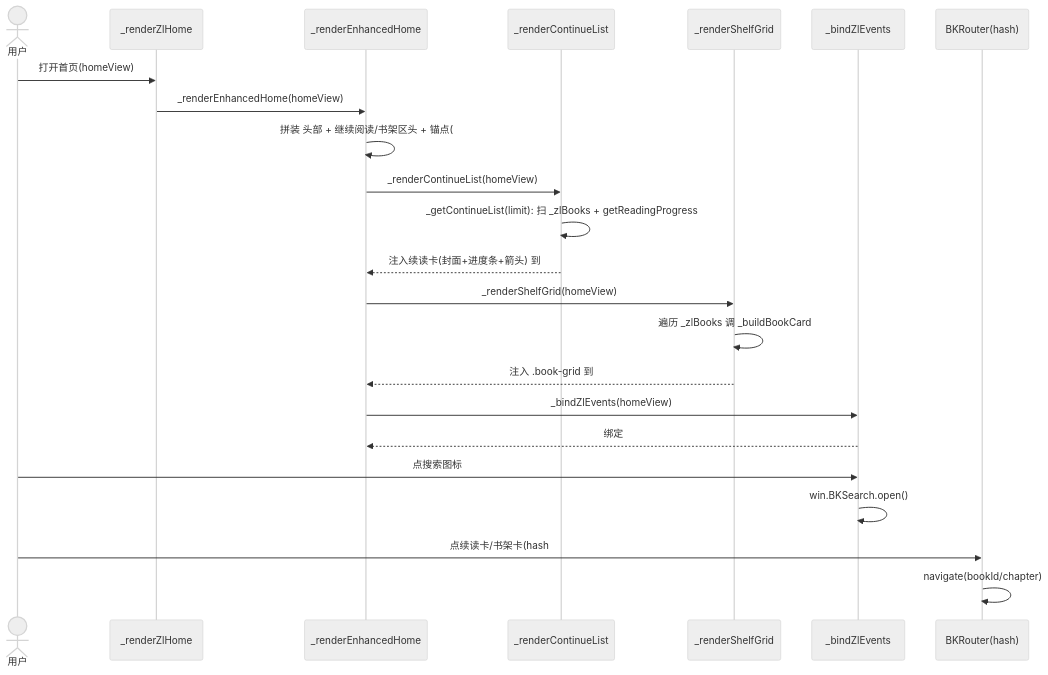
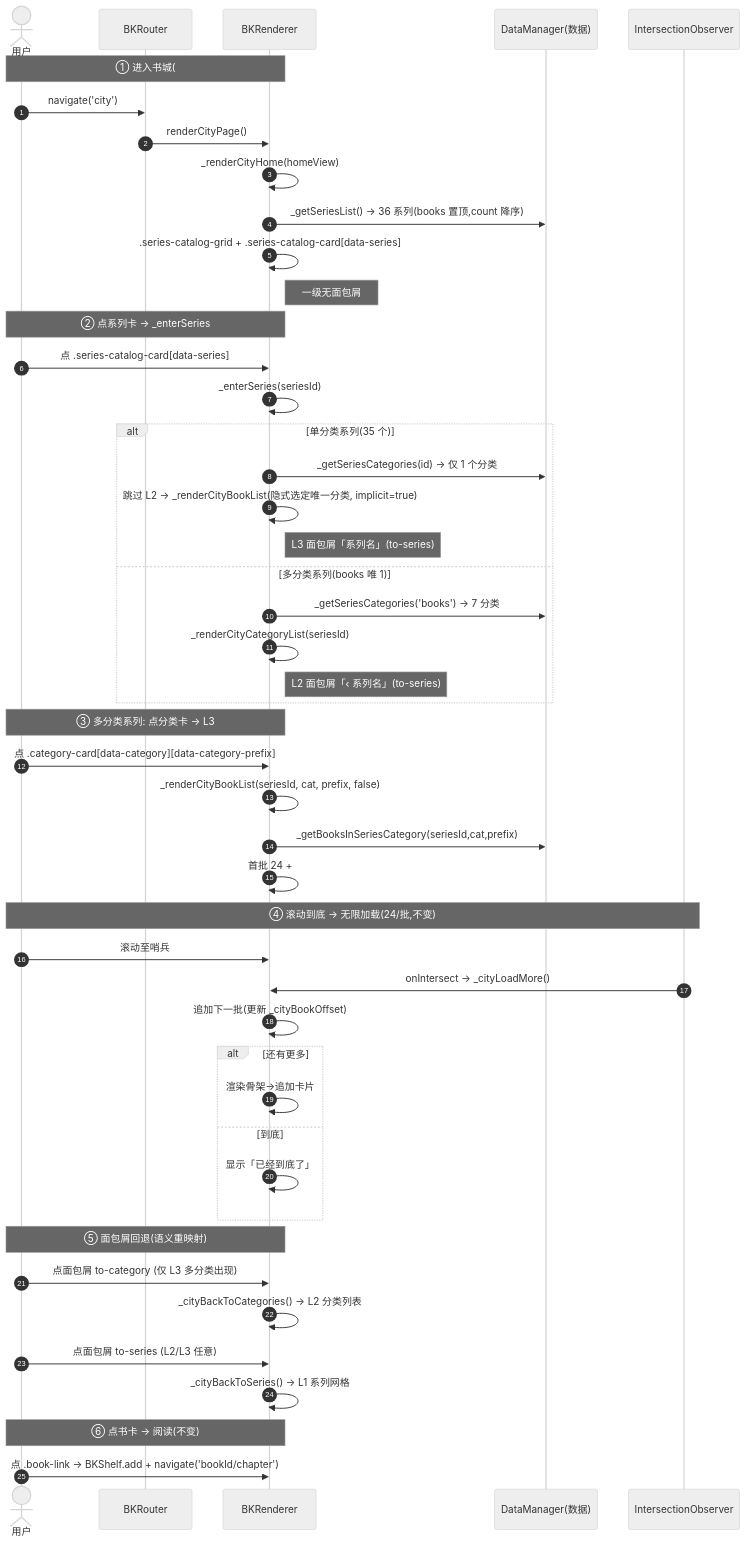
The diagram in docs/sequence-diagram.mermaid (zhao-zg/books), drawn with Mermaid (neutral theme) before and after one commit. The commit also changed 42 other files, not shown here.

```diff
--- a/docs/sequence-diagram.mermaid
+++ b/docs/sequence-diagram.mermaid
@@ -1,24 +1,53 @@
 sequenceDiagram
-  actor U as 用户
-  participant R as _renderZlHome
-  participant E as _renderEnhancedHome
-  participant CL as _renderContinueList
-  participant SG as _renderShelfGrid
-  participant B as _bindZlEvents
-  participant RT as BKRouter(hash)
+    autonumber
+    actor U as 用户
+    participant R as BKRouter
+    participant RD as BKRenderer
+    participant DM as DataManager(数据)
+    participant IO as IntersectionObserver
 
-  U->>R: 打开首页(homeView)
-  R->>E: _renderEnhancedHome(homeView)
-  E->>E: 拼装 头部 + 继续阅读/书架区头 + 锚点(#bkContinueListAnchor, #bkShelfAnchor)
-  E->>CL: _renderContinueList(homeView)
-  CL->>CL: _getContinueList(limit): 扫 _zlBooks + getReadingProgress
-  CL-->>E: 注入续读卡(封面+进度条+箭头) 到 #bkContinueListAnchor\n(空则注入引导卡)
-  E->>SG: _renderShelfGrid(homeView)
-  SG->>SG: 遍历 _zlBooks 调 _buildBookCard
-  SG-->>E: 注入 .book-grid 到 #bkShelfAnchor
-  E->>B: _bindZlEvents(homeView)
-  B-->>E: 绑定 #bk-search-btn / #bk-continue-viewall / .book-link / .bk-continue-card
-  U->>B: 点搜索图标
-  B->>B: win.BKSearch.open()
-  U->>RT: 点续读卡/书架卡(hash #/bookId/chapter)
-  RT->>RT: navigate(bookId/chapter)
+    Note over U,RD: ① 进入书城(#/city) → L1 系列网格
+    U->>R: navigate('city')
+    R->>RD: renderCityPage()
+    RD->>RD: _renderCityHome(homeView)
+    RD->>DM: _getSeriesList() → 36 系列(books 置顶,count 降序)
+    RD->>RD: .series-catalog-grid + .series-catalog-card[data-series]
+    Note right of RD: 一级无面包屑
+
+    Note over U,RD: ② 点系列卡 → _enterSeries
+    U->>RD: 点 .series-catalog-card[data-series]
+    RD->>RD: _enterSeries(seriesId)
+    alt 单分类系列(35 个)
+        RD->>DM: _getSeriesCategories(id) → 仅 1 个分类
+        RD->>RD: 跳过 L2 → _renderCityBookList(隐式选定唯一分类, implicit=true)
+        Note right of RD: L3 面包屑「系列名」(to-series)
+    else 多分类系列(books 唯 1)
+        RD->>DM: _getSeriesCategories('books') → 7 分类
+        RD->>RD: _renderCityCategoryList(seriesId)
+        Note right of RD: L2 面包屑「‹ 系列名」(to-series)
+    end
+
+    Note over U,RD: ③ 多分类系列: 点分类卡 → L3
+    U->>RD: 点 .category-card[data-category][data-category-prefix]
+    RD->>RD: _renderCityBookList(seriesId, cat, prefix, false)
+    RD->>DM: _getBooksInSeriesCategory(seriesId,cat,prefix)
+    RD->>RD: 首批 24 + #bkCitySentinel + 面包屑「系列名 › 分类名」
+
+    Note over U,IO: ④ 滚动到底 → 无限加载(24/批,不变)
+    U->>RD: 滚动至哨兵
+    IO->>RD: onIntersect → _cityLoadMore()
+    RD->>RD: 追加下一批(更新 _cityBookOffset)
+    alt 还有更多
+        RD->>RD: 渲染骨架→追加卡片
+    else 到底
+        RD->>RD: 显示「已经到底了」
+    end
+
+    Note over U,RD: ⑤ 面包屑回退(语义重映射)
+    U->>RD: 点面包屑 to-category (仅 L3 多分类出现)
+    RD->>RD: _cityBackToCategories() → L2 分类列表
+    U->>RD: 点面包屑 to-series (L2/L3 任意)
+    RD->>RD: _cityBackToSeries() → L1 系列网格
+
+    Note over U,RD: ⑥ 点书卡 → 阅读(不变)
+    U->>RD: 点 .book-link → BKShelf.add + navigate('bookId/chapter')
```
